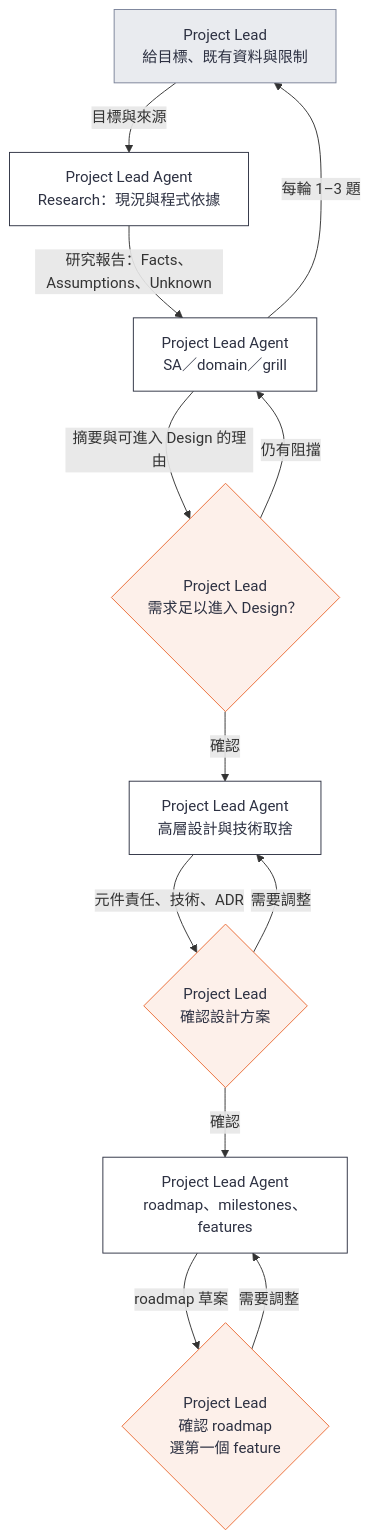
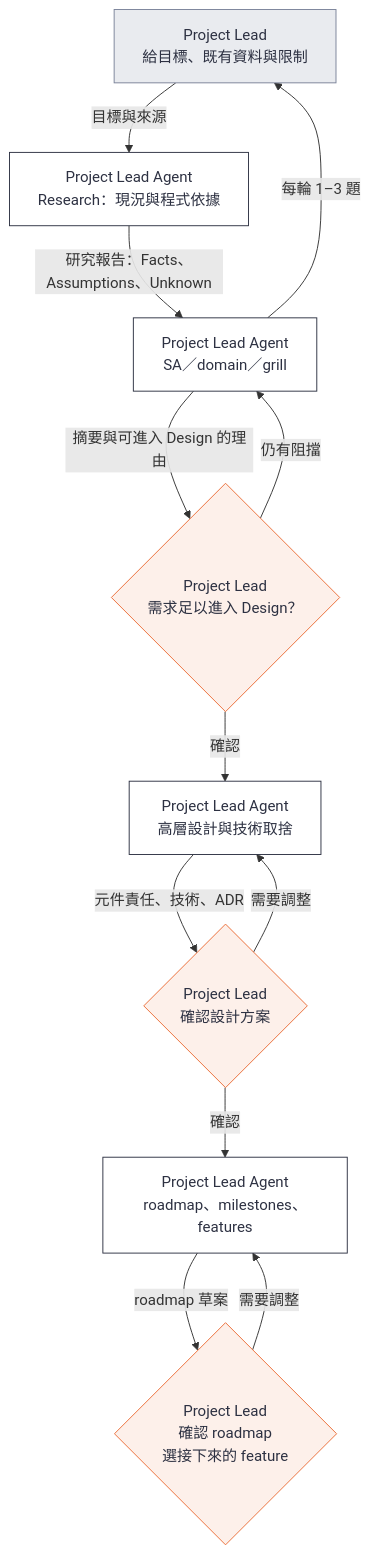
One commit to ellis429/loop-engineering changed the second of 5 diagrams in docs/guide/reference.md. Above: the diagram before and after it, drawn with Mermaid. The commit also changed other lines of this file and 6 other files, not shown here.

````diff
--- a/docs/guide/reference.md
+++ b/docs/guide/reference.md
@@ -107,25 +107,25 @@
 ```mermaid
 flowchart TD
     A["Project Lead<br/>給目標、既有資料與限制"]:::human
     R["Project Lead Agent<br/>Research：現況與程式依據"]:::agent
     S["Project Lead Agent<br/>SA／domain／grill"]:::agent
     C{"Project Lead<br/>需求足以進入 Design？"}:::gate
     D["Project Lead Agent<br/>高層設計與技術取捨"]:::agent
     DG{"Project Lead<br/>確認設計方案"}:::gate
     M["Project Lead Agent<br/>roadmap、milestones、features"]:::agent
-    F{"Project Lead<br/>確認 roadmap<br/>選第一個 feature"}:::gate
+    F{"Project Lead<br/>確認 roadmap<br/>選接下來的 feature"}:::gate
     A -->|目標與來源| R
     R -->|研究報告：Facts、Assumptions、Unknown| S
     S -->|每輪 1–3 題| A
     S -->|摘要與可進入 Design 的理由| C
     C -->|仍有阻擋| S
     C -->|確認| D
     D -->|元件責任、技術、ADR| DG
     DG -->|需要調整| D
     DG -->|確認| M
     M -->|roadmap 草案| F
     F -->|需要調整| M
     classDef human fill:#e9ebef,stroke:#7a8399,color:#2d3142
     classDef agent fill:#ffffff,stroke:#2d3142,color:#2d3142
     classDef gate fill:#fdf0ea,stroke:#eb6c36,color:#2d3142
 ```
````
